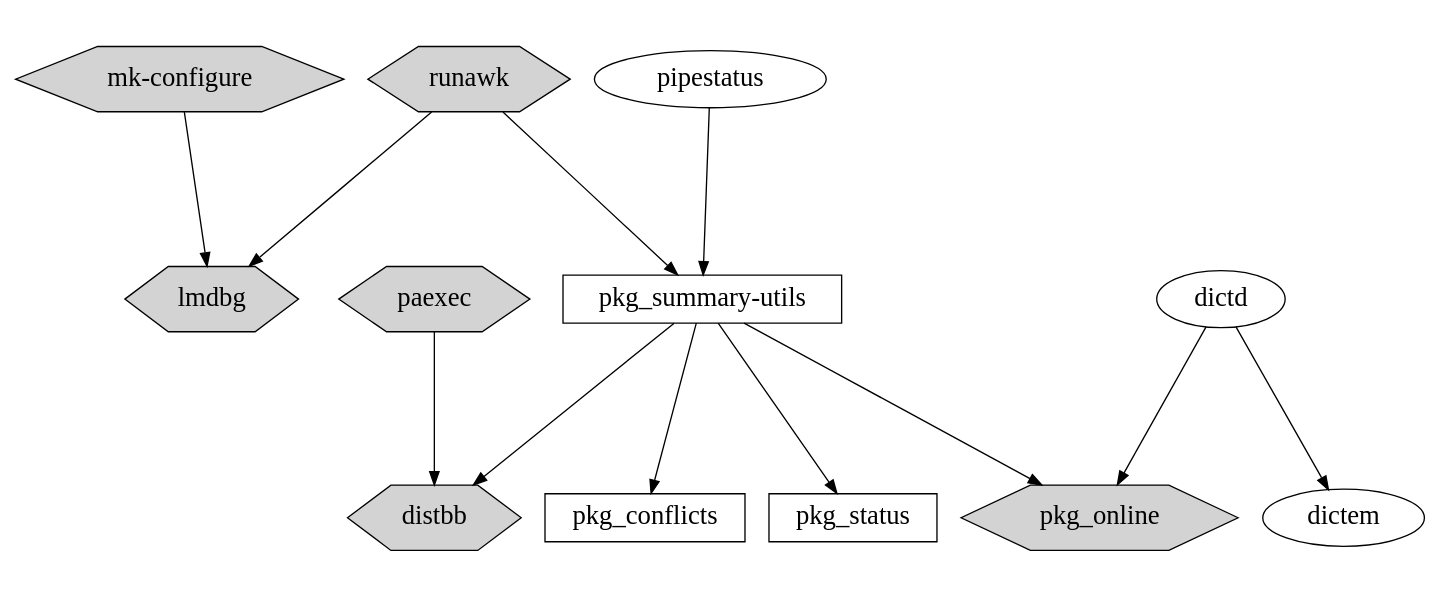
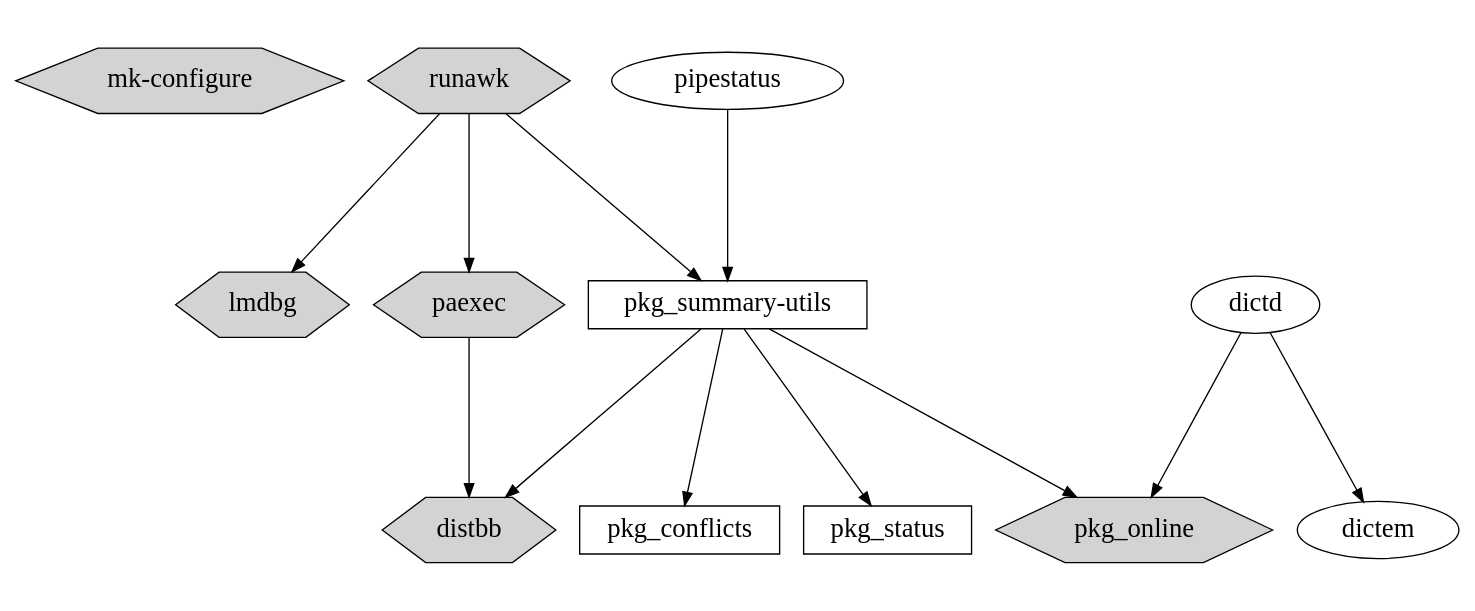
Before and after one commit to cheusov/mk-configure: the diagram in doc/my_prjs.dot, drawn with Graphviz.

Commit message:
paexec now uses mk-c too

```diff
--- a/doc/my_prjs.dot
+++ b/doc/my_prjs.dot
@@ -1,33 +1,35 @@
 digraph FSA {
  graph [ ratio=compress layout=dot rankdir=UB ratio=0.4 ];
 
  node [ shape = hexagon style=filled fontsize=20 ];
 
-   "mk-configure" -> "lmdbg";
+   "mk-configure";
+   "lmdbg";
    "paexec";
    "distbb";
    "pkg_online";
    "runawk";
 
  node [ shape = oval style=solid ];
 
    "dictd";
    "dictem";
 
  node [ shape = box ];
 
    "runawk"            -> "pkg_summary-utils";
    "runawk"            -> "lmdbg";
+   "runawk"            -> "paexec";
    "pkg_summary-utils" -> "distbb";
    "paexec"            -> "distbb";
    "dictd"             -> "dictem";
    "pkg_summary-utils" -> "pkg_online";
    "pkg_summary-utils" -> "pkg_conflicts";
    "pkg_summary-utils" -> "pkg_status";
 
  node [ shape = oval style=solid ];
 
    "dictd" -> "pkg_online";
    "pipestatus" -> "pkg_summary-utils";
 
 }
```
